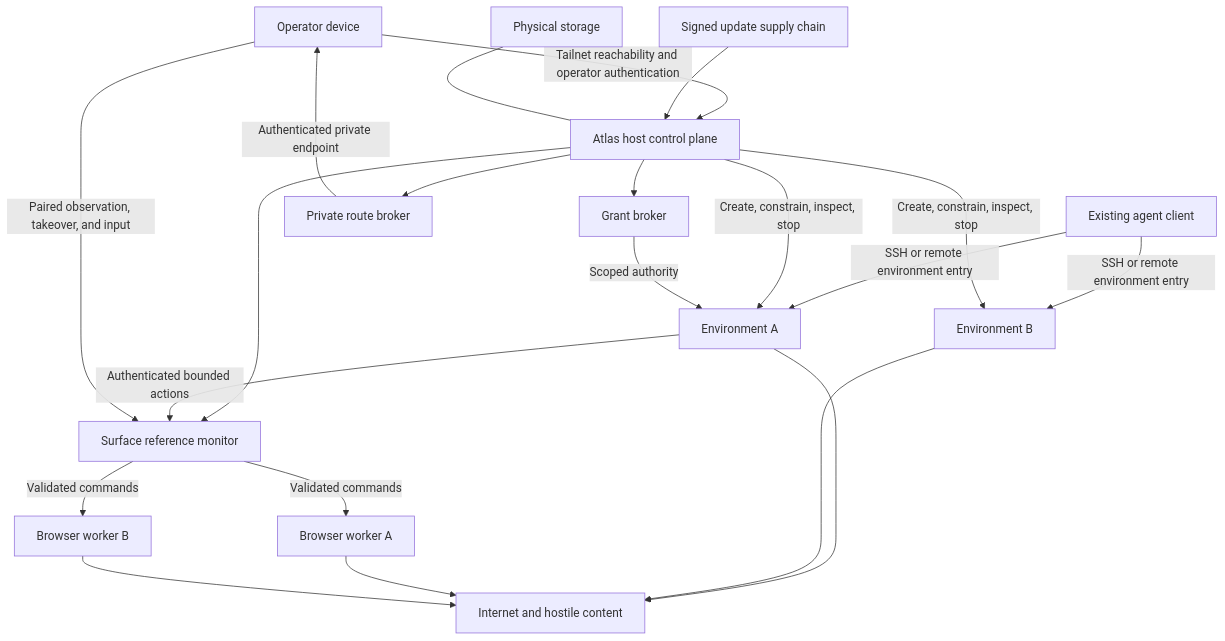
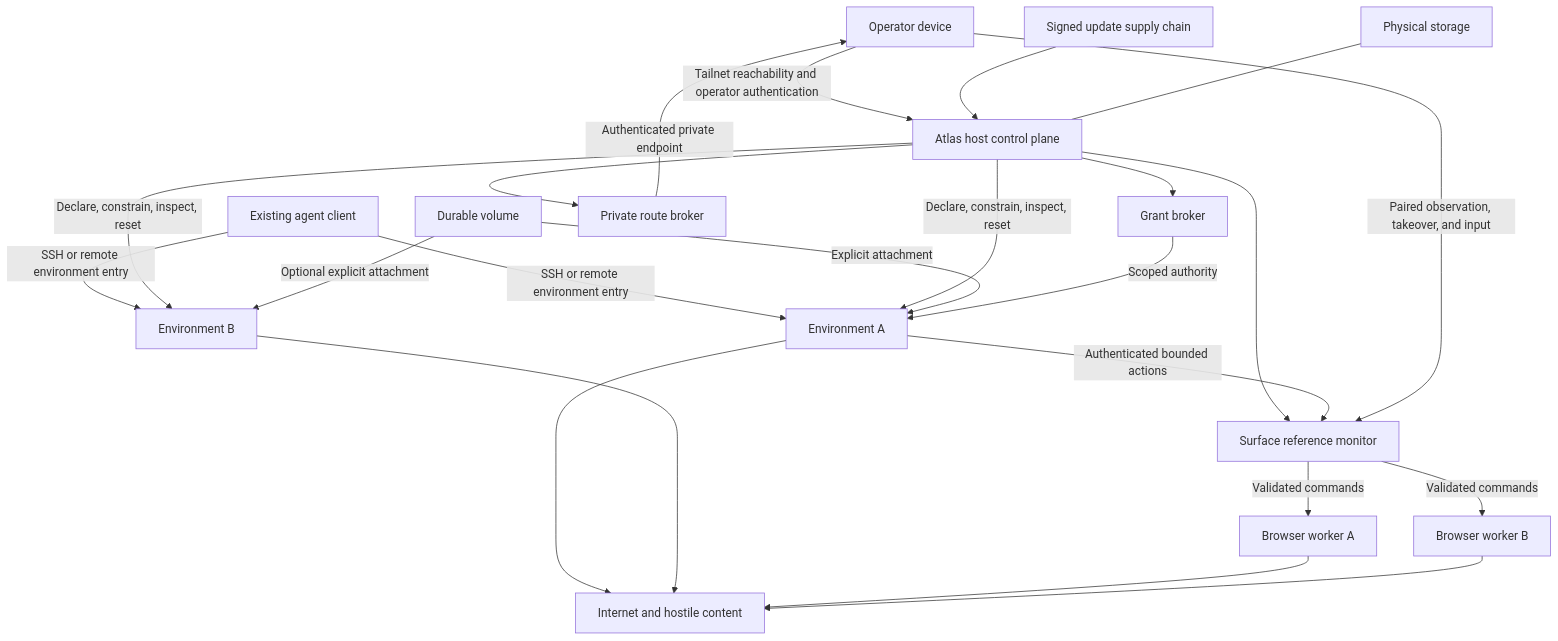
Before and after one commit to lydakis/atlas: the diagram in docs/threat-model.md, drawn with Mermaid. The commit also changed other lines of this file and 15 other files, not shown here.

````diff
--- a/docs/threat-model.md
+++ b/docs/threat-model.md
@@ -66,23 +69,25 @@
 ```mermaid
 flowchart TD
     O[Operator device] -->|Tailnet reachability and operator authentication| H[Atlas host control plane]
     C[Existing agent client] -->|SSH or remote environment entry| EA[Environment A]
     C -->|SSH or remote environment entry| EB[Environment B]
-    H -->|Create, constrain, inspect, stop| EA
-    H -->|Create, constrain, inspect, stop| EB
+    H -->|Declare, constrain, inspect, reset| EA
+    H -->|Declare, constrain, inspect, reset| EB
+    V[Durable volume] -->|Explicit attachment| EA
+    V -->|Optional explicit attachment| EB
     H --> G[Grant broker]
     H --> S[Surface reference monitor]
     H --> R[Private route broker]
     G -->|Scoped authority| EA
     EA -->|Authenticated bounded actions| S
     O -->|Paired observation, takeover, and input| S
     S -->|Validated commands| WA[Browser worker A]
     S -->|Validated commands| WB[Browser worker B]
     R -->|Authenticated private endpoint| O
     EA --> I[Internet and hostile content]
     EB --> I
     WA --> I
     WB --> I
     U[Signed update supply chain] --> H
     P[Physical storage] --- H
 ```
````
